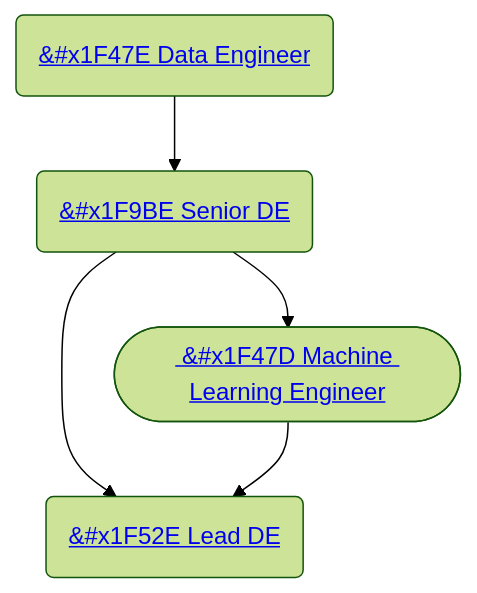
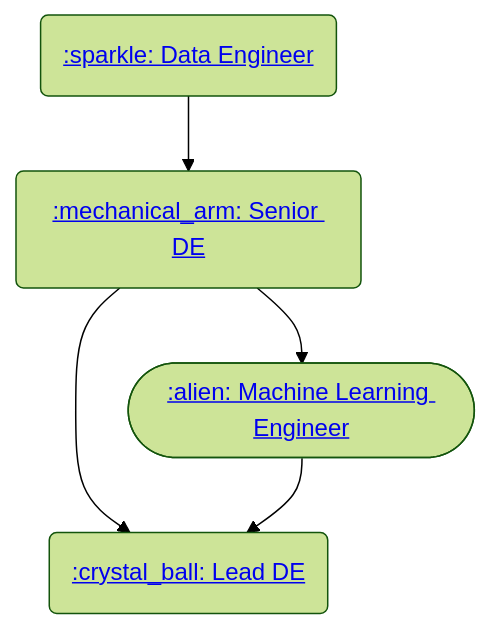
Before and after one commit to madetech/data-101: the diagram in README.md, drawn with Mermaid (forest theme).

Commit message:
diagram fix

````diff
--- a/README.md
+++ b/README.md
@@ -5,7 +5,7 @@
 ```mermaid 
 flowchart TD;
-    A(<a href='https://github.com/madetech/data-101/blob/main/data_learning_paths/Data_Engineer.md'>&amp#x1F47E Data Engineer</a>) --> B(<a href='https://github.com/madetech/data-101/blob/main/data_learning_paths/Senior_Data_Engineer.md'>&amp#x1F9BE Senior DE</a>)
-    B --> D(<a href='https://github.com/madetech/data-101/blob/main/data_learning_paths/Lead_Data_Engineer.md'>&amp#x1F52E Lead DE</a>)
-    B --> C([<a href='https://github.com/madetech/data-101/blob/main/data_learning_paths/Machine_Learning_Engineer.md'> &amp#x1F47D Machine Learning Engineer</a>])
+    A(<a href='https://github.com/madetech/data-101/blob/main/data_learning_paths/Data_Engineer.md'>:sparkle: Data Engineer</a>) --> B(<a href='https://github.com/madetech/data-101/blob/main/data_learning_paths/Senior_Data_Engineer.md'>:mechanical_arm: Senior DE</a>)
+    B --> D(<a href='https://github.com/madetech/data-101/blob/main/data_learning_paths/Lead_Data_Engineer.md'>:crystal_ball: Lead DE</a>)
+    B --> C([<a href='https://github.com/madetech/data-101/blob/main/data_learning_paths/Machine_Learning_Engineer.md'>:alien: Machine Learning Engineer</a>])
     C --> D
 ```
````
